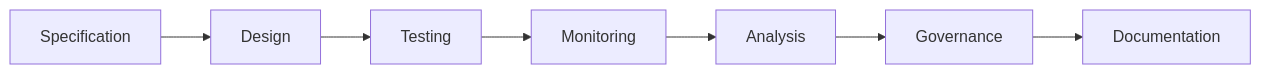
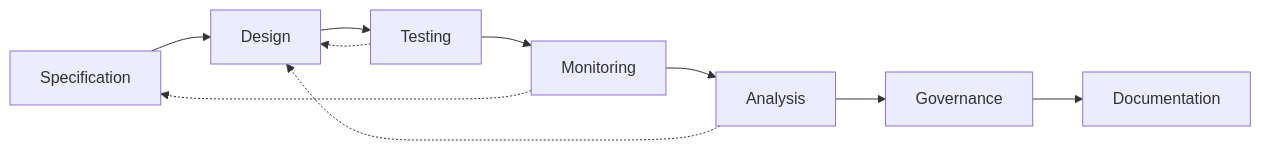
Before and after one commit to quenio/ATN: the diagram in Workflows/Assurance/README.md, drawn with Mermaid. The commit also changed other lines of this file and 3 other files, not shown here.

Commit message:
Add feedback loops to workflow diagrams

````diff
--- a/Workflows/Assurance/README.md
+++ b/Workflows/Assurance/README.md
@@ -19,9 +19,12 @@
 ```mermaid
 flowchart LR
     Specification --> Design
     Design --> Testing
     Testing --> Monitoring
     Monitoring --> Analysis
     Analysis --> Governance
     Governance --> Documentation
+    Testing -.-> Design
+    Monitoring -.-> Specification
+    Analysis -.-> Design
 ```
````
